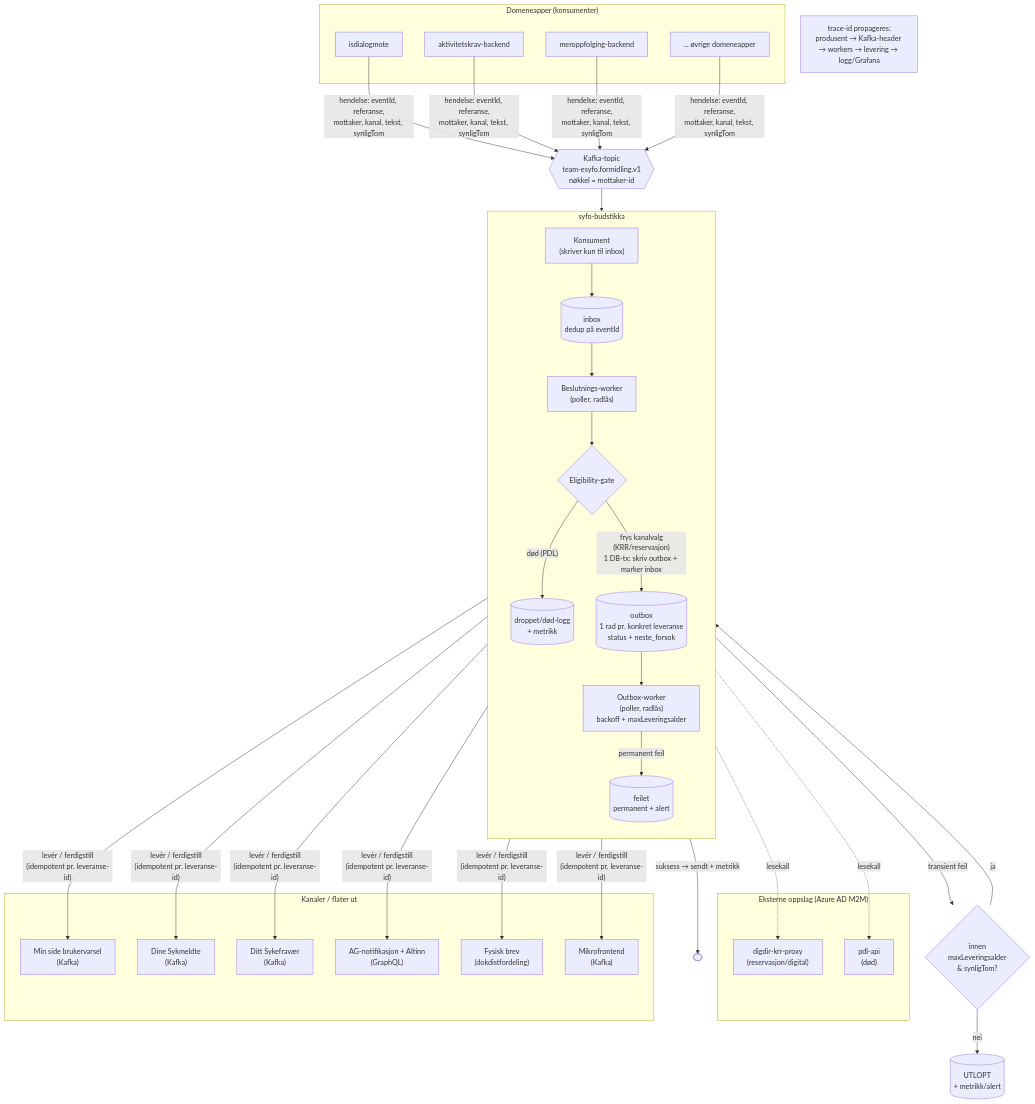
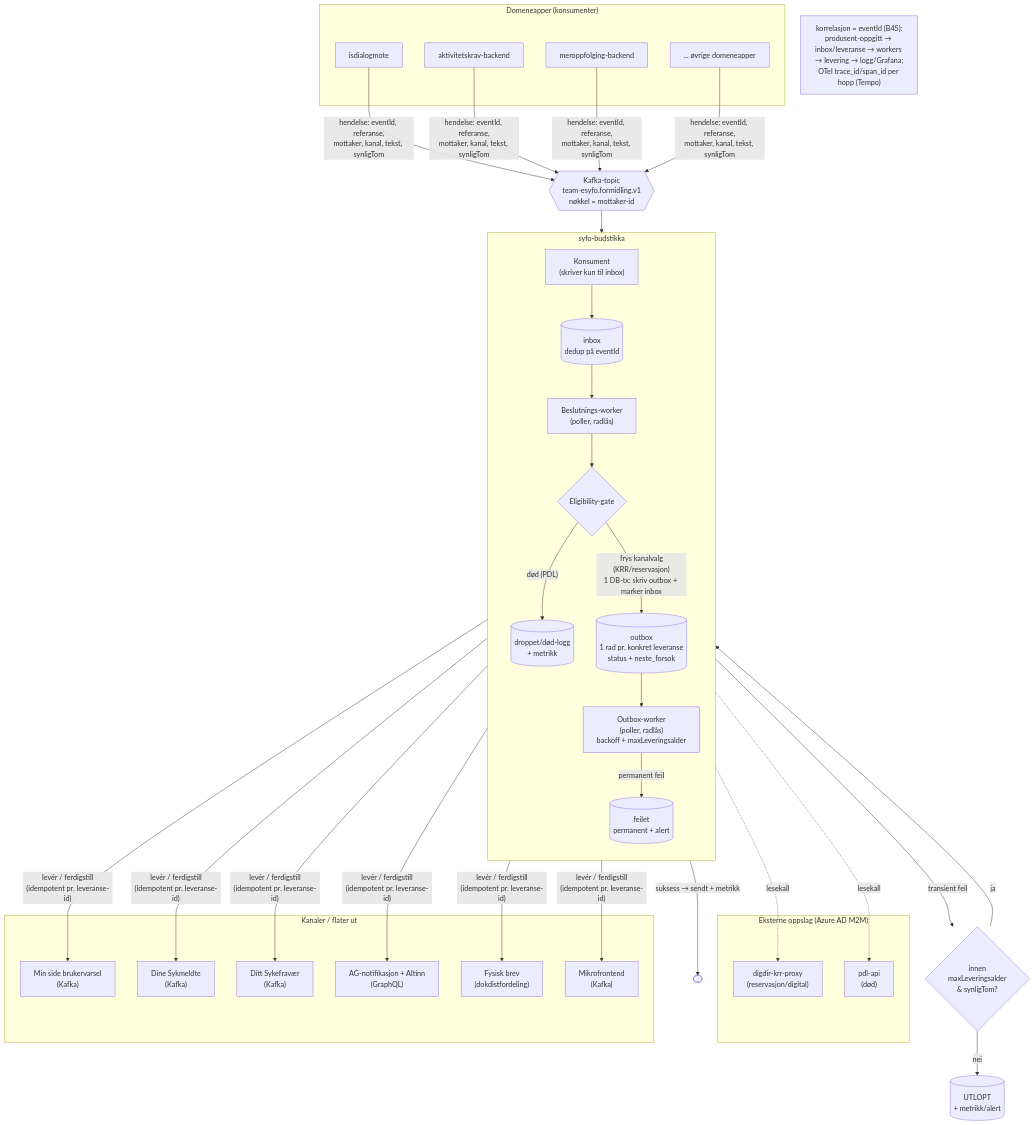
One commit to navikt/syfo-budstikka changed the diagram in docs/FLYT.md. Above: the diagram before and after it, drawn with Mermaid. The commit also changed 3 other files, not shown here.

````diff
--- a/docs/FLYT.md
+++ b/docs/FLYT.md
@@ -6,55 +6,55 @@
 ```mermaid
 flowchart TB
     subgraph Domene["Domeneapper (konsumenter)"]
         P1["isdialogmote"]
         P2["aktivitetskrav-backend"]
         P3["meroppfolging-backend"]
         P4["... øvrige domeneapper"]
     end
 
     P1 & P2 & P3 & P4 -->|"hendelse: eventId, referanse,<br/>mottaker, kanal, tekst, synligTom"| TOPIC{{"Kafka-topic<br/>team-esyfo.formidling.v1<br/>nøkkel = mottaker-id"}}
 
     subgraph Budstikka["syfo-budstikka"]
         direction TB
         CONS["Konsument<br/>(skriver kun til inbox)"]
         INBOX[("inbox<br/>dedup på eventId")]
         BESL["Beslutnings-worker<br/>(poller, radlås)"]
         ELIG{"Eligibility-gate"}
         OUTBOX[("outbox<br/>1 rad pr. konkret leveranse<br/>status + neste_forsok")]
         OWORK["Outbox-worker<br/>(poller, radlås)<br/>backoff + maxLeveringsalder"]
         DROP[("droppet/død-logg<br/>+ metrikk")]
         FEILET[("feilet<br/>permanent + alert")]
     end
 
     TOPIC --> CONS --> INBOX
     INBOX --> BESL --> ELIG
     ELIG -->|"død (PDL)"| DROP
     ELIG -->|"frys kanalvalg<br/>(KRR/reservasjon)<br/>1 DB-tx: skriv outbox + marker inbox"| OUTBOX
     OUTBOX --> OWORK
 
     OWORK -->|"transient feil"| RETRY{"innen<br/>maxLeveringsalder<br/>& synligTom?"}
     RETRY -->|"ja"| OUTBOX
     RETRY -->|"nei"| UTLOPT[("UTLOPT<br/>+ metrikk/alert")]
     OWORK -->|"permanent feil"| FEILET
 
     subgraph KRRPDL["Eksterne oppslag (Azure AD M2M)"]
         KRR["digdir-krr-proxy<br/>(reservasjon/digital)"]
         PDL["pdl-api<br/>(død)"]
     end
     BESL -.lesekall.-> KRR
     BESL -.lesekall.-> PDL
 
     subgraph Flater["Kanaler / flater ut"]
         MS["Min side brukervarsel<br/>(Kafka)"]
         DS["Dine Sykmeldte<br/>(Kafka)"]
         DSF["Ditt Sykefravær<br/>(Kafka)"]
         AG["AG-notifikasjon + Altinn<br/>(GraphQL)"]
         BREV["Fysisk brev<br/>(dokdistfordeling)"]
         MF["Mikrofrontend<br/>(Kafka)"]
     end
 
     OWORK -->|"levér / ferdigstill<br/>(idempotent pr. leveranse-id)"| MS & DS & DSF & AG & BREV & MF
     OWORK -->|"suksess → sendt + metrikk"| OK([" "])
 
-    TRACE["trace-id propageres:<br/>produsent → Kafka-header → workers → levering → logg/Grafana"]
+    TRACE["korrelasjon = eventId (B45):<br/>produsent-oppgitt → inbox/leveranse → workers → levering → logg/Grafana;<br/>OTel trace_id/span_id per hopp (Tempo)"]
 ```
````
